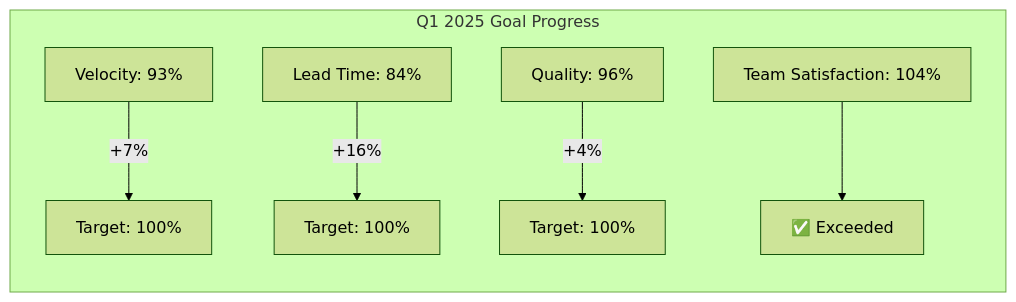
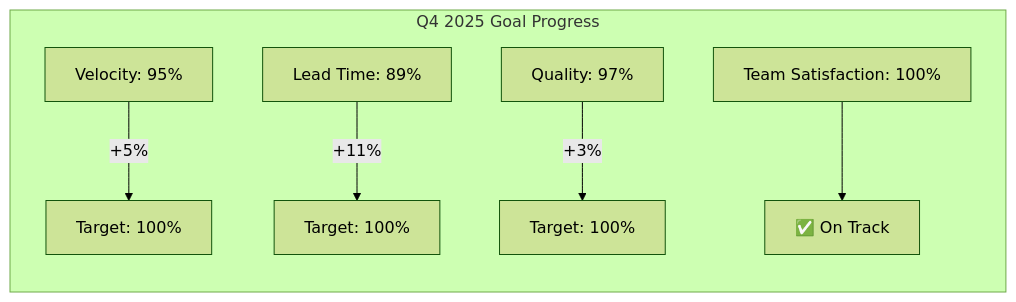
Before and after one commit to HOW2AI-AGENCY/albert3-muse-synth-studio: the ninth of 9 diagrams in project-management/reports/team-dashboard.md, drawn with Mermaid (forest theme). The commit also changed other lines of this file and 6 other files, not shown here.

````diff
--- a/project-management/reports/team-dashboard.md
+++ b/project-management/reports/team-dashboard.md
@@ -624,9 +625,9 @@
 ```mermaid
 graph LR
-    subgraph "Q1 2025 Goal Progress"
-        A[Velocity: 93%] -->|+7%| B[Target: 100%]
-        C[Lead Time: 84%] -->|+16%| D[Target: 100%]
-        E[Quality: 96%] -->|+4%| F[Target: 100%]
-        G[Team Satisfaction: 104%] --> H[✅ Exceeded]
+    subgraph "Q4 2025 Goal Progress"
+        A[Velocity: 95%] -->|+5%| B[Target: 100%]
+        C[Lead Time: 89%] -->|+11%| D[Target: 100%]
+        E[Quality: 97%] -->|+3%| F[Target: 100%]
+        G[Team Satisfaction: 100%] --> H[✅ On Track]
     end
 ```
````
